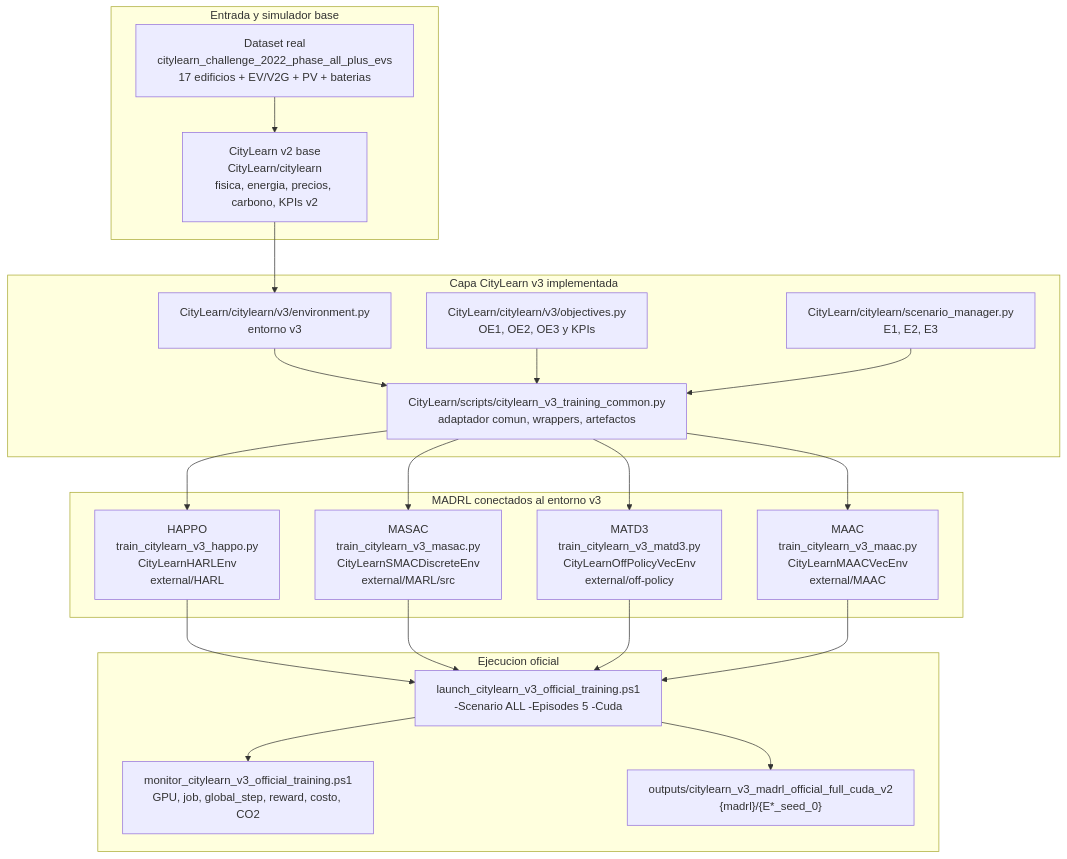
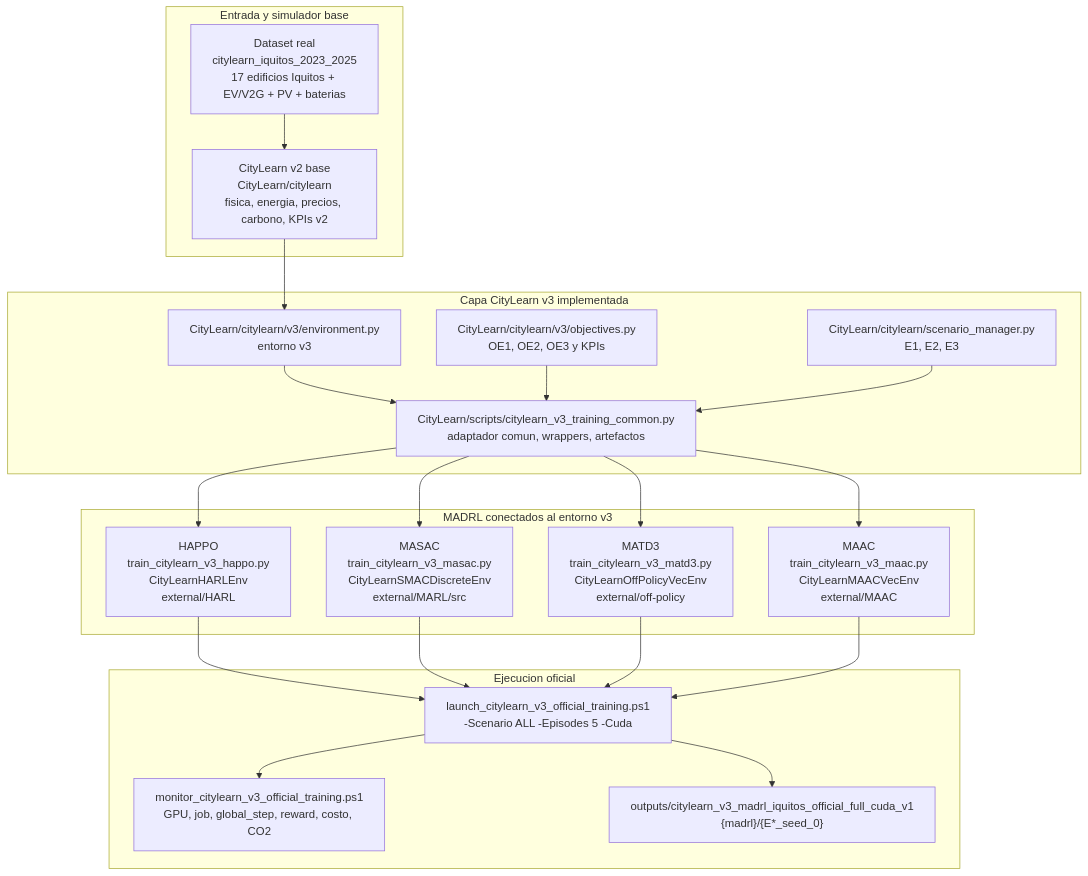
Before and after one commit to Mac-Tapia/MADRLCitytleranflexresdr: the third of 7 diagrams in docs/ARQUITECTURA_Y_FLUJO_TRABAJO_CITYLEARN_V3_MADRL.md, drawn with Mermaid. The commit also changed other lines of this file and 9 other files, not shown here.

Commit message:
Document Iquitos distillation and MADRL readiness

````diff
--- a/docs/ARQUITECTURA_Y_FLUJO_TRABAJO_CITYLEARN_V3_MADRL.md
+++ b/docs/ARQUITECTURA_Y_FLUJO_TRABAJO_CITYLEARN_V3_MADRL.md
@@ -119,42 +119,42 @@
 ```mermaid
 flowchart TB
     subgraph DATA["Entrada y simulador base"]
-        DS["Dataset real<br/>citylearn_challenge_2022_phase_all_plus_evs<br/>17 edificios + EV/V2G + PV + baterias"]
+        DS["Dataset real<br/>citylearn_iquitos_2023_2025<br/>17 edificios Iquitos + EV/V2G + PV + baterias"]
         V2["CityLearn v2 base<br/>CityLearn/citylearn<br/>fisica, energia, precios, carbono, KPIs v2"]
     end
 
     subgraph V3["Capa CityLearn v3 implementada"]
         ENV["CityLearn/citylearn/v3/environment.py<br/>entorno v3"]
         OBJ["CityLearn/citylearn/v3/objectives.py<br/>OE1, OE2, OE3 y KPIs"]
         SCN["CityLearn/citylearn/scenario_manager.py<br/>E1, E2, E3"]
         COMMON["CityLearn/scripts/citylearn_v3_training_common.py<br/>adaptador comun, wrappers, artefactos"]
     end
 
     subgraph MADRL["MADRL conectados al entorno v3"]
         HAPPO["HAPPO<br/>train_citylearn_v3_happo.py<br/>CityLearnHARLEnv<br/>external/HARL"]
         MASAC["MASAC<br/>train_citylearn_v3_masac.py<br/>CityLearnSMACDiscreteEnv<br/>external/MARL/src"]
         MATD3["MATD3<br/>train_citylearn_v3_matd3.py<br/>CityLearnOffPolicyVecEnv<br/>external/off-policy"]
         MAAC["MAAC<br/>train_citylearn_v3_maac.py<br/>CityLearnMAACVecEnv<br/>external/MAAC"]
     end
 
     subgraph RUN["Ejecucion oficial"]
         LAUNCH["launch_citylearn_v3_official_training.ps1<br/>-Scenario ALL -Episodes 5 -Cuda"]
         MON["monitor_citylearn_v3_official_training.ps1<br/>GPU, job, global_step, reward, costo, CO2"]
-        OUT["outputs/citylearn_v3_madrl_official_full_cuda_v2<br/>{madrl}/{E*_seed_0}"]
+        OUT["outputs/citylearn_v3_madrl_iquitos_official_full_cuda_v1<br/>{madrl}/{E*_seed_0}"]
     end
 
     DS --> V2 --> ENV
     ENV --> COMMON
     OBJ --> COMMON
     SCN --> COMMON
     COMMON --> HAPPO
     COMMON --> MASAC
     COMMON --> MATD3
     COMMON --> MAAC
     HAPPO --> LAUNCH
     MASAC --> LAUNCH
     MATD3 --> LAUNCH
     MAAC --> LAUNCH
     LAUNCH --> OUT
     LAUNCH --> MON
 ```
````
